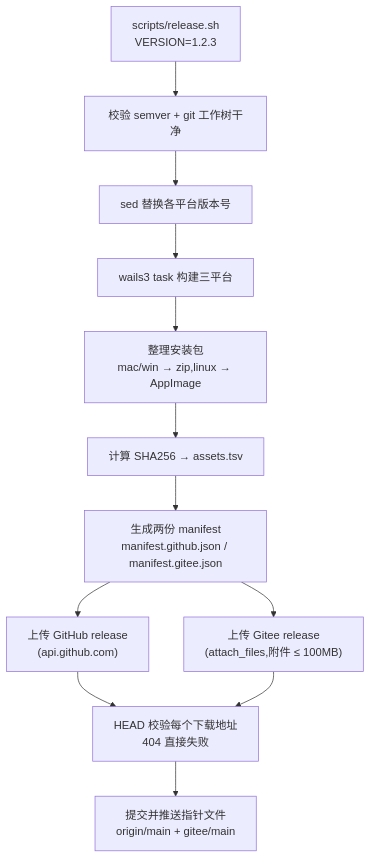
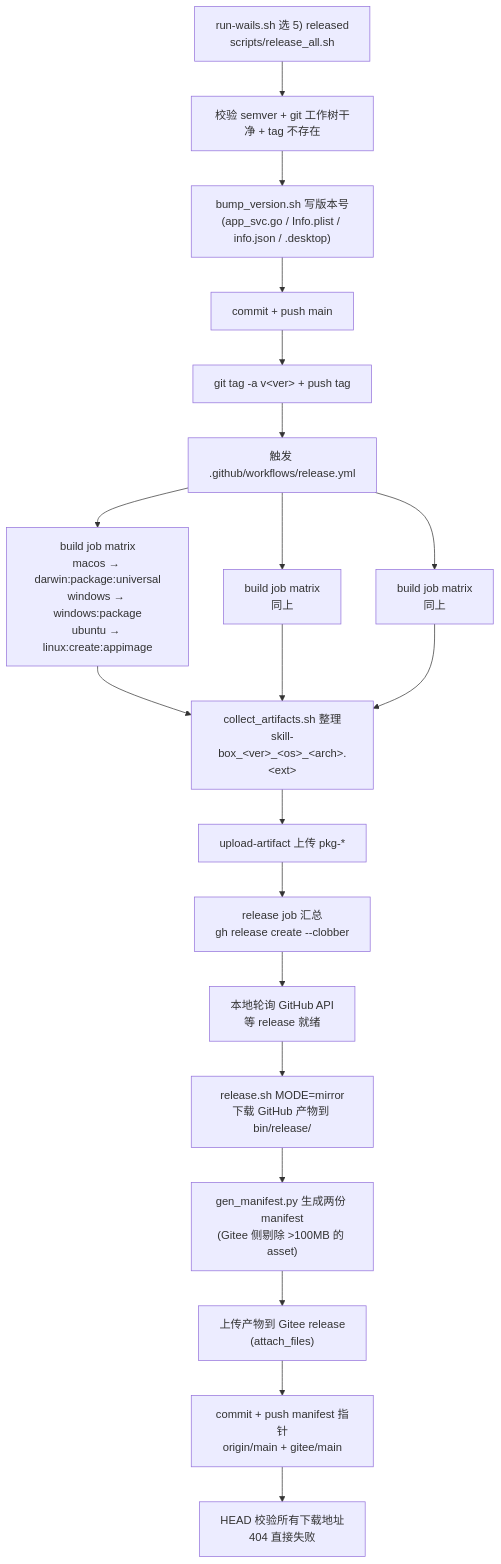
The sixth of 6 diagrams in docs/project/desktop/软件更新机制.md (dicoder-dev/skill-box), drawn with Mermaid before and after one commit. The commit also changed other lines of this file and 11 other files, not shown here.

First line of the commit message:
feat(release): 一键发版链路(GitHub Actions 三平台打包 → 拉产物 → 同步 Gitee)

````diff
--- a/docs/project/desktop/软件更新机制.md
+++ b/docs/project/desktop/软件更新机制.md
@@ -250,14 +258,22 @@
 ```mermaid
 flowchart TD
-    A["scripts/release.sh<br/>VERSION=1.2.3"] --> B["校验 semver + git 工作树干净"]
-    B --> C["sed 替换各平台版本号"]
-    C --> D["wails3 task 构建三平台"]
-    D --> E["整理安装包<br/>mac/win → zip,linux → AppImage"]
-    E --> F["计算 SHA256 → assets.tsv"]
-    F --> G["生成两份 manifest<br/>manifest.github.json / manifest.gitee.json"]
-    G --> H["上传 GitHub release<br/>(api.github.com)"]
-    G --> I["上传 Gitee release<br/>(attach_files,附件 ≤ 100MB)"]
-    H --> J["HEAD 校验每个下载地址<br/>404 直接失败"]
-    I --> J
-    J --> K["提交并推送指针文件<br/>origin/main + gitee/main"]
+    A["run-wails.sh 选 5) released<br/>scripts/release_all.sh"] --> B["校验 semver + git 工作树干净 + tag 不存在"]
+    B --> C["bump_version.sh 写版本号<br/>(app_svc.go / Info.plist / info.json / .desktop)"]
+    C --> D["commit + push main"]
+    D --> E["git tag -a v&lt;ver&gt; + push tag"]
+    E --> F["触发 .github/workflows/release.yml"]
+    F --> G1["build job matrix<br/>macos → darwin:package:universal<br/>windows → windows:package<br/>ubuntu → linux:create:appimage"]
+    F --> G2["build job matrix<br/>同上"]
+    F --> G3["build job matrix<br/>同上"]
+    G1 --> H["collect_artifacts.sh 整理<br/>skill-box_&lt;ver&gt;_&lt;os&gt;_&lt;arch&gt;.&lt;ext&gt;"]
+    G2 --> H
+    G3 --> H
+    H --> I["upload-artifact 上传 pkg-*"]
+    I --> J["release job 汇总<br/>gh release create --clobber"]
+    J --> K["本地轮询 GitHub API<br/>等 release 就绪"]
+    K --> L["release.sh MODE=mirror<br/>下载 GitHub 产物到 bin/release/"]
+    L --> M["gen_manifest.py 生成两份 manifest<br/>(Gitee 侧剔除 &gt;100MB 的 asset)"]
+    M --> N["上传产物到 Gitee release<br/>(attach_files)"]
+    N --> O["commit + push manifest 指针<br/>origin/main + gitee/main"]
+    O --> P["HEAD 校验所有下载地址<br/>404 直接失败"]
 ```
````
